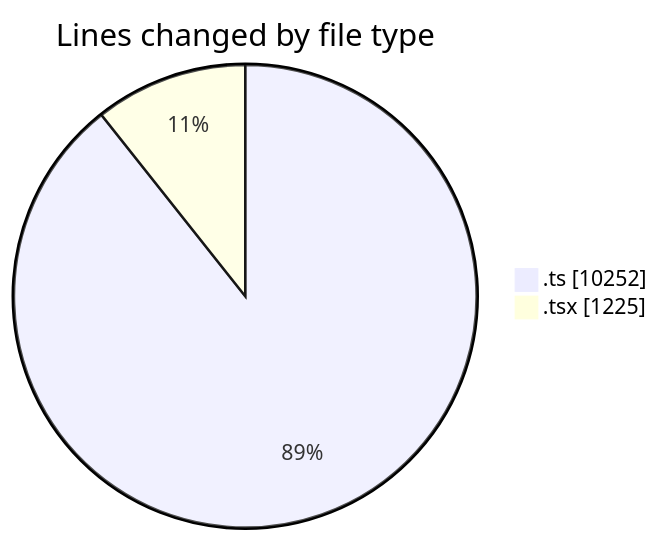
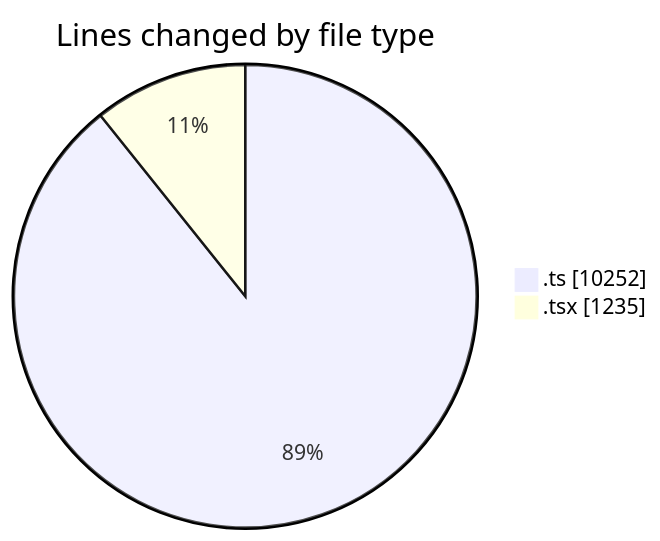
Before and after one commit to momahboobian/code-tracking: the first of 2 diagrams in 2025-06-23/cda/README.md, drawn with Mermaid. The commit also changed other lines of this file and 1 other file, not shown here.

````diff
--- a/2025-06-23/cda/README.md
+++ b/2025-06-23/cda/README.md
@@ -27,6 +27,6 @@
 ```mermaid
 pie showData
 title Lines changed by file type
 ".ts" : 10252
-".tsx" : 1225
+".tsx" : 1235
 ```
````
